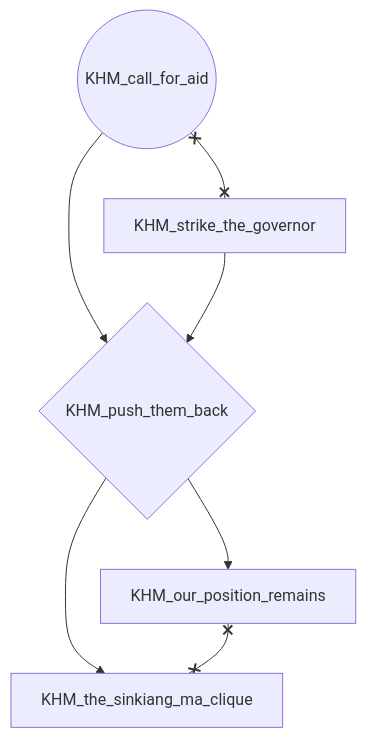
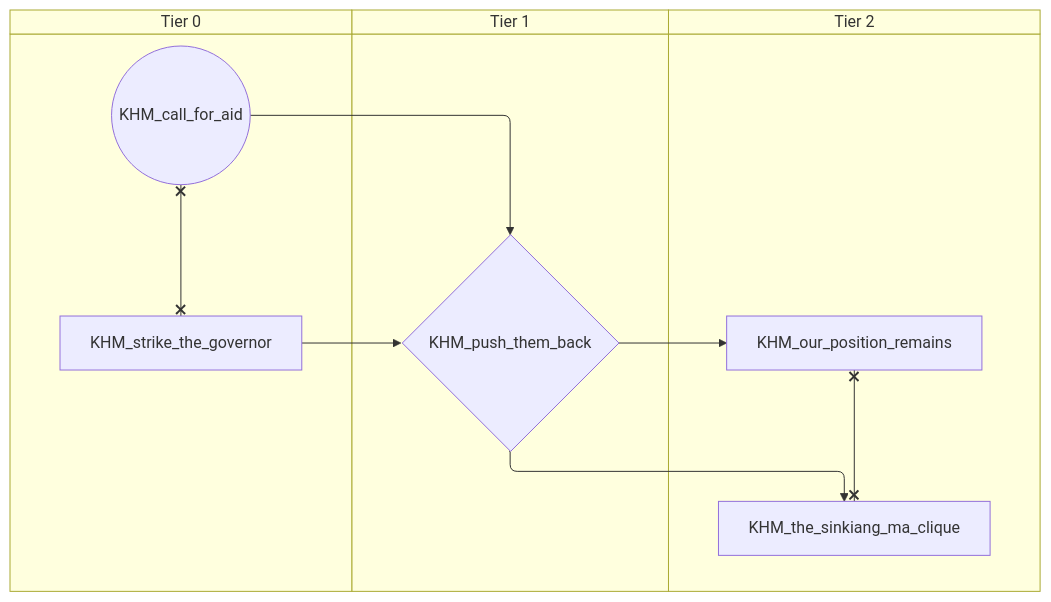
One commit to evgeny-sobol/hoi4-sandbox-mode-r56 changed the seventh of 8 diagrams in docs/gdd/National Focuses/china_warlord.md. Above: the diagram before and after it, drawn with Mermaid. The commit also changed other lines of this file and 423 other files, not shown here.

First line of the commit message:
Re-export Rt56 focus trees as swimlane diagrams

````diff
--- a/docs/gdd/National Focuses/china_warlord.md
+++ b/docs/gdd/National Focuses/china_warlord.md
@@ -1237,14 +1335,20 @@
 ```mermaid
-flowchart TD
-    n454(("KHM_call_for_aid"))
-    n455["KHM_our_position_remains"]
-    n456{"KHM_push_them_back"}
-    n457["KHM_strike_the_governor"]
-    n458["KHM_the_sinkiang_ma_clique"]
-    n456 --> n455
+swimlane-beta TD
+    subgraph tier_0["Tier 0"]
+        n454(("KHM_call_for_aid"))
+        n455["KHM_strike_the_governor"]
+    end
+    subgraph tier_1["Tier 1"]
+        n456{"KHM_push_them_back"}
+    end
+    subgraph tier_2["Tier 2"]
+        n457["KHM_our_position_remains"]
+        n458["KHM_the_sinkiang_ma_clique"]
+    end
+    n456 --> n457
     n454 --> n456
-    n457 --> n456
+    n455 --> n456
     n456 --> n458
-    n454 x--x n457
-    n455 x--x n458
+    n454 x--x n455
+    n457 x--x n458
 ```
````
